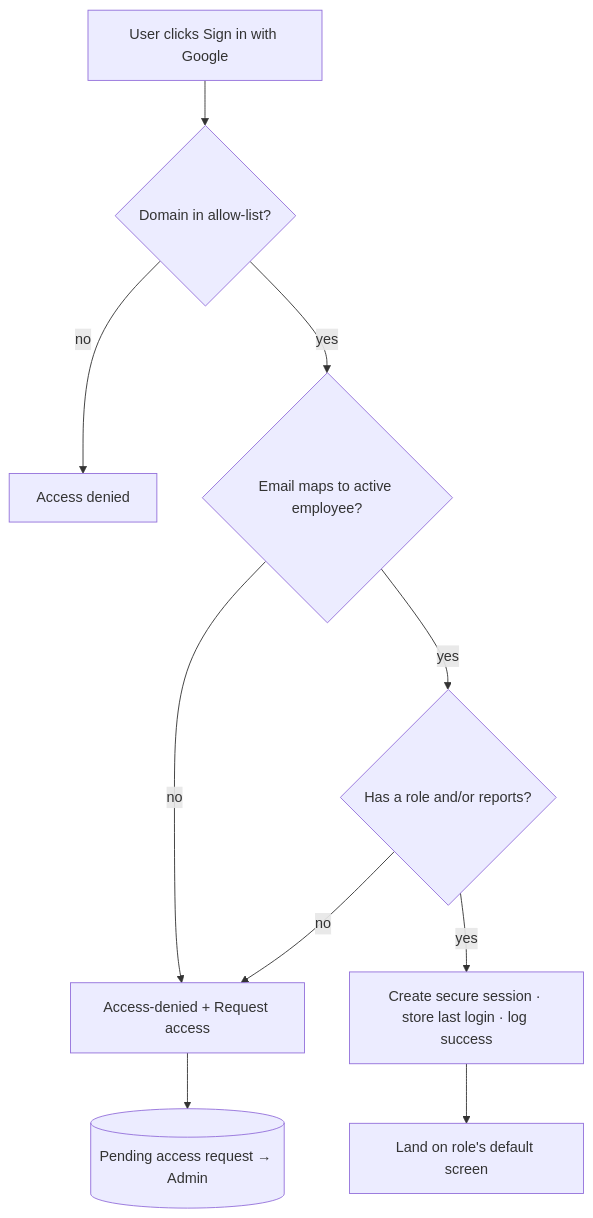
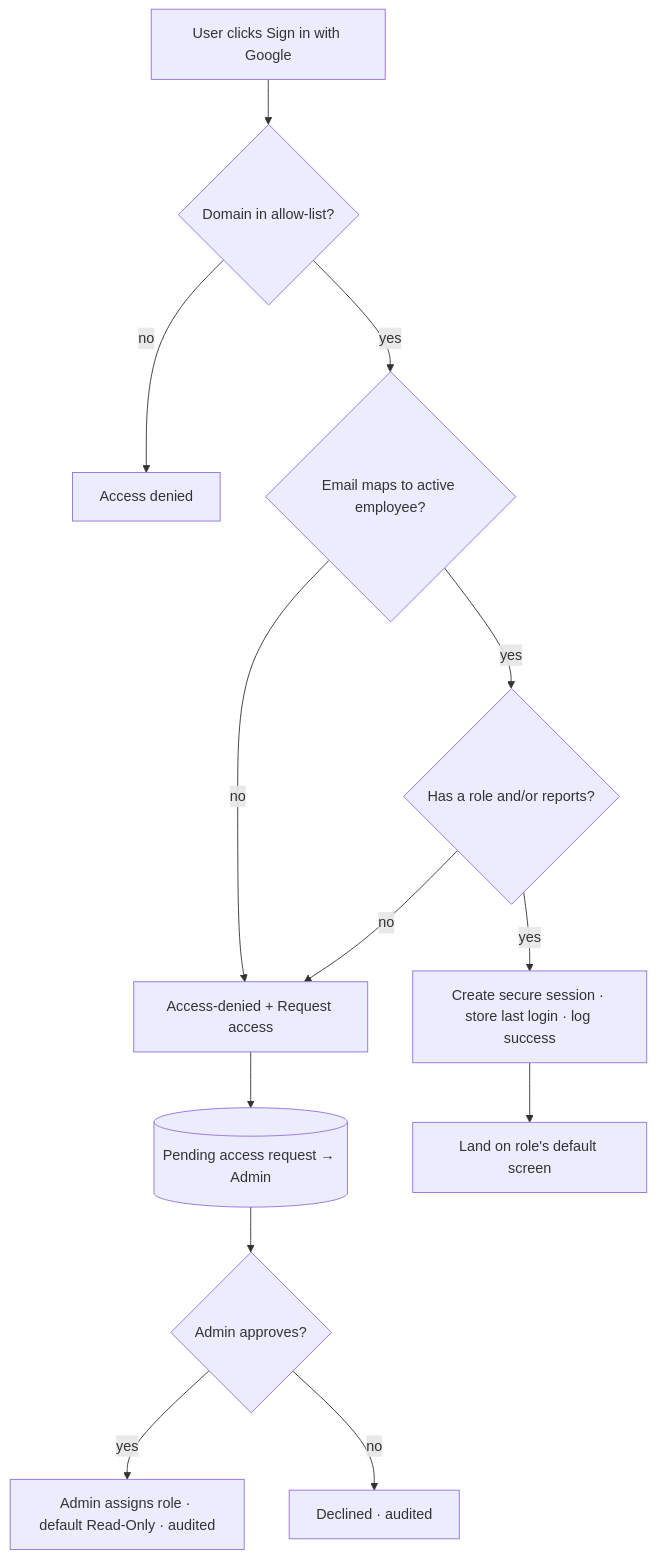
The diagram in docs/04_PERMISSION_MATRIX.md (AbuAbbaad/edvoy-wai), drawn with Mermaid before and after one commit. The commit also changed other lines of this file and 8 other files, not shown here.

````diff
--- a/docs/04_PERMISSION_MATRIX.md
+++ b/docs/04_PERMISSION_MATRIX.md
@@ -43,12 +44,15 @@
 ```mermaid
 flowchart TD
     A[User clicks Sign in with Google] --> B{Domain in allow-list?}
     B -- no --> D[Access denied]
     B -- yes --> C{Email maps to active employee?}
     C -- no --> R[Access-denied + Request access]
     C -- yes --> E{Has a role and/or reports?}
     E -- no --> R
     E -- yes --> F[Create secure session · store last login · log success]
     F --> G[Land on role's default screen]
     R --> Q[(Pending access request → Admin)]
+    Q --> AR{Admin approves?}
+    AR -- yes --> RG[Admin assigns role · default Read-Only · audited]
+    AR -- no --> DC[Declined · audited]
 ```
````
